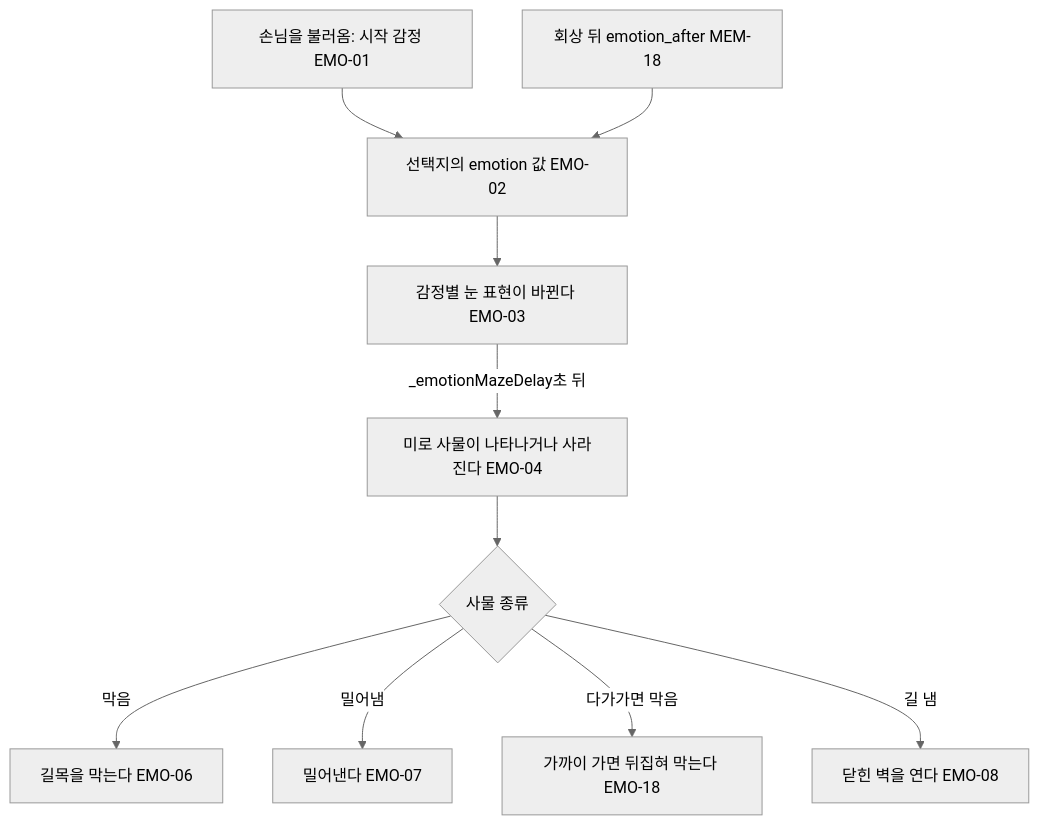
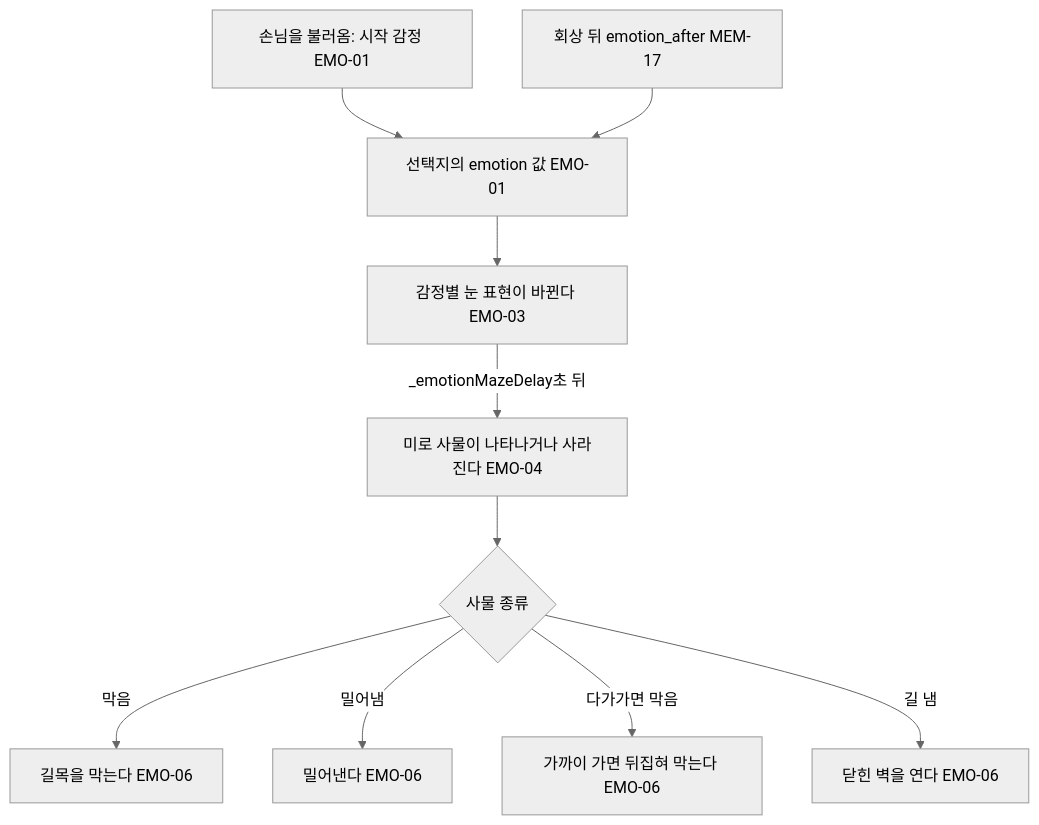
One commit to xpaklove12-lang/Corner1 changed the diagram in docs/specs/emotion-maze.md. Above: the diagram before and after it, drawn with Mermaid (neutral theme). The commit also changed other lines of this file and 48 other files, not shown here.

````diff
--- a/docs/specs/emotion-maze.md
+++ b/docs/specs/emotion-maze.md
@@ -9,12 +9,12 @@
 ```mermaid
 flowchart TD
-    A[손님을 불러옴: 시작 감정 EMO-01] --> B[선택지의 emotion 값 EMO-02]
-    R[회상 뒤 emotion_after MEM-18] --> B
+    A[손님을 불러옴: 시작 감정 EMO-01] --> B[선택지의 emotion 값 EMO-01]
+    R[회상 뒤 emotion_after MEM-17] --> B
     B --> C[감정별 눈 표현이 바뀐다 EMO-03]
     C -->|_emotionMazeDelay초 뒤| D[미로 사물이 나타나거나 사라진다 EMO-04]
     D --> E{사물 종류}
     E -->|막음| F[길목을 막는다 EMO-06]
-    E -->|밀어냄| G[밀어낸다 EMO-07]
-    E -->|다가가면 막음| H[가까이 가면 뒤집혀 막는다 EMO-18]
-    E -->|길 냄| I[닫힌 벽을 연다 EMO-08]
+    E -->|밀어냄| G[밀어낸다 EMO-06]
+    E -->|다가가면 막음| H[가까이 가면 뒤집혀 막는다 EMO-06]
+    E -->|길 냄| I[닫힌 벽을 연다 EMO-06]
 ```
````
